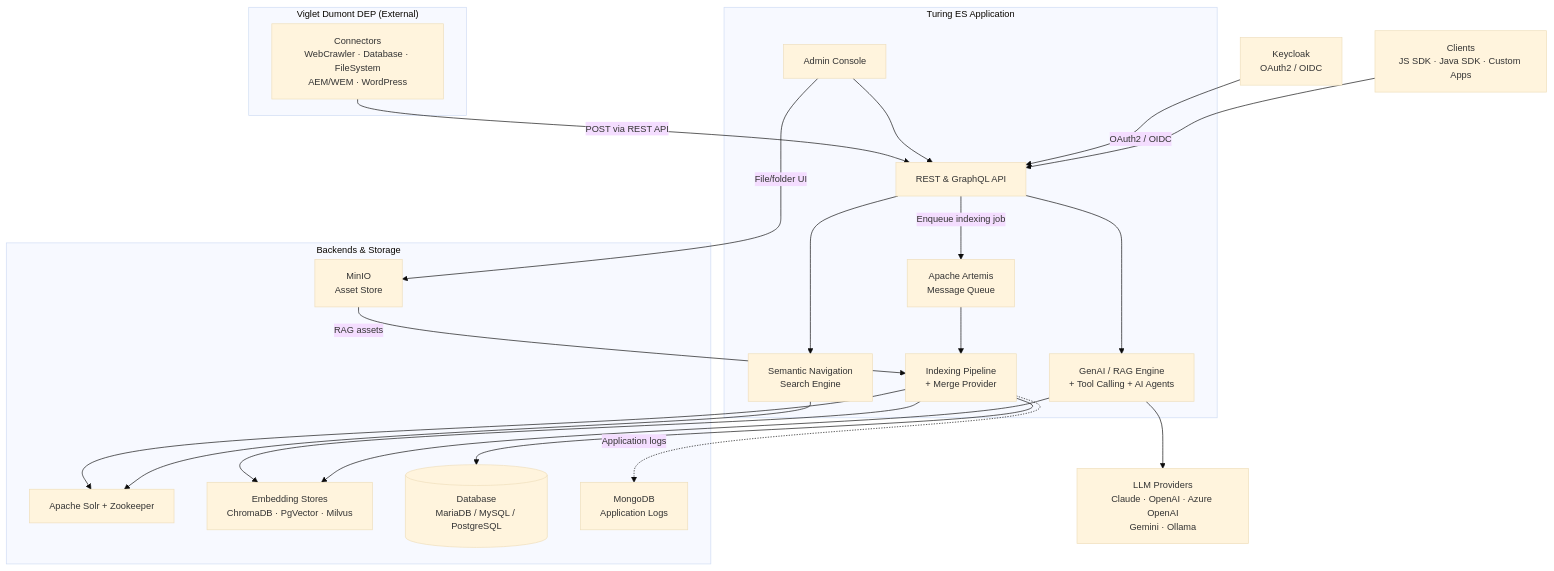
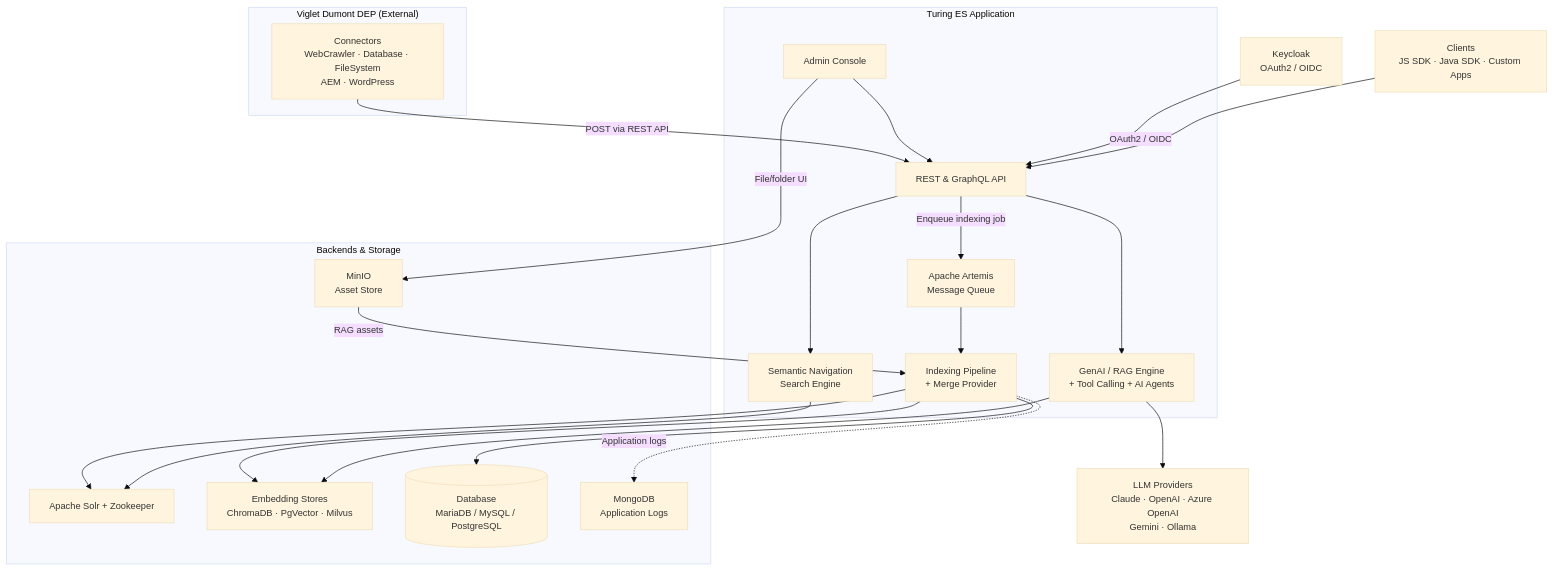
One commit to openviglet/docs changed the diagram in diagrams/turing-architecture.mmd. Above: the diagram before and after it, drawn with Mermaid. The commit also changed 7 other files, not shown here.

First line of the commit message:
Add AEM event listener guide; remove WEM

```diff
--- a/diagrams/turing-architecture.mmd
+++ b/diagrams/turing-architecture.mmd
@@ -1,44 +1,44 @@
 %%{init: {'theme': 'base', 'themeVariables': {'fontSize': '14px'}}}%%
 graph TB
     subgraph DumontDEP ["Viglet Dumont DEP (External)"]
-        CON["Connectors\nWebCrawler · Database · FileSystem\nAEM/WEM · WordPress"]
+        CON["Connectors\nWebCrawler · Database · FileSystem\nAEM · WordPress"]
     end
 
     subgraph TuringApp ["Turing ES Application"]
         API[REST & GraphQL API]
         Q[Apache Artemis\nMessage Queue]
         IDX[Indexing Pipeline\n+ Merge Provider]
         SN[Semantic Navigation\nSearch Engine]
         GENAI[GenAI / RAG Engine\n+ Tool Calling + AI Agents]
         ADMIN[Admin Console]
     end
 
     subgraph Backends ["Backends & Storage"]
         SOLR[Apache Solr + Zookeeper]
         EMB[Embedding Stores\nChromaDB · PgVector · Milvus]
         DB[(Database\nMariaDB / MySQL / PostgreSQL)]
         MONGO[MongoDB\nApplication Logs]
         MINIO[MinIO\nAsset Store]
     end
 
     LLM["LLM Providers\nClaude · OpenAI · Azure OpenAI\nGemini · Ollama"]
     KC[Keycloak\nOAuth2 / OIDC]
     CLIENTS["Clients\nJS SDK · Java SDK · Custom Apps"]
 
     CON -->|POST via REST API| API
     API -->|Enqueue indexing job| Q
     Q --> IDX
     IDX --> SOLR
     IDX --> EMB
     IDX --> DB
     MINIO -->|RAG assets| IDX
     SN --> SOLR
     GENAI --> EMB
     GENAI --> LLM
     API --> SN
     API --> GENAI
     ADMIN --> API
     ADMIN -->|File/folder UI| MINIO
     IDX -.->|Application logs| MONGO
     KC -->|OAuth2 / OIDC| API
     CLIENTS --> API
```
